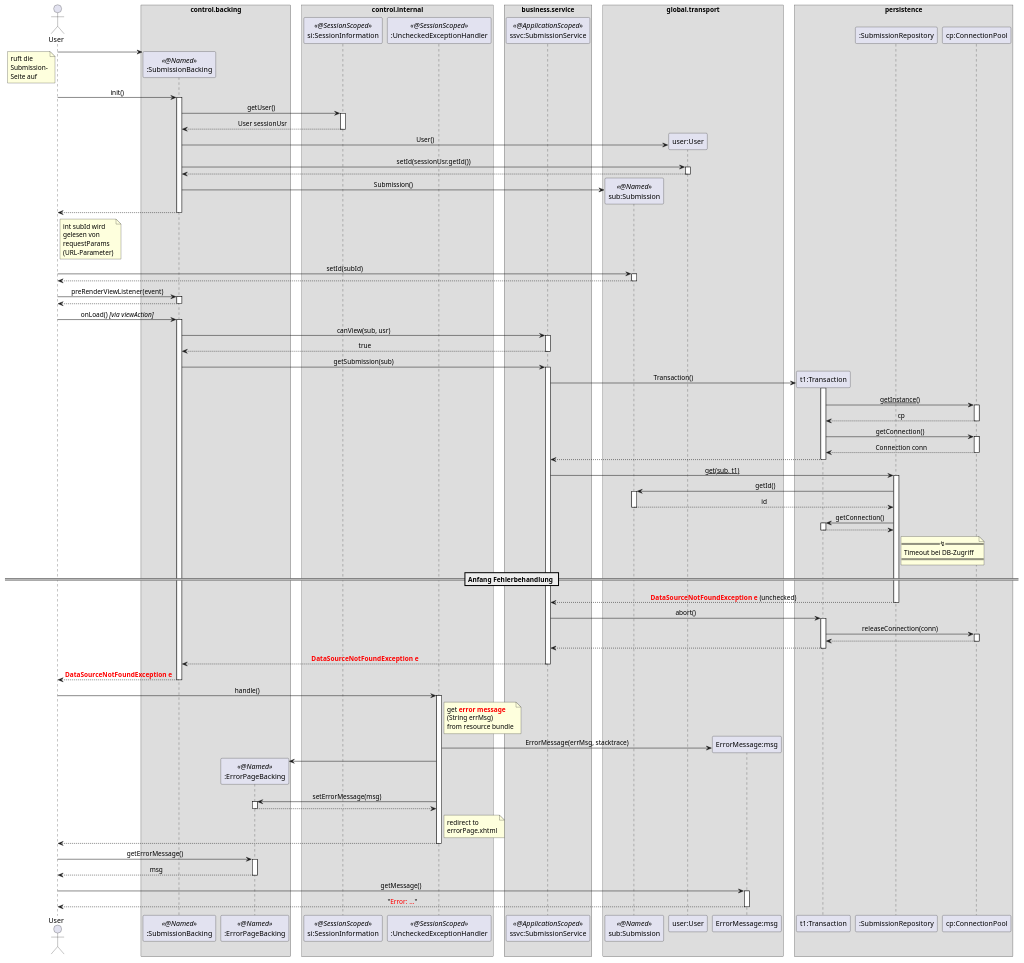
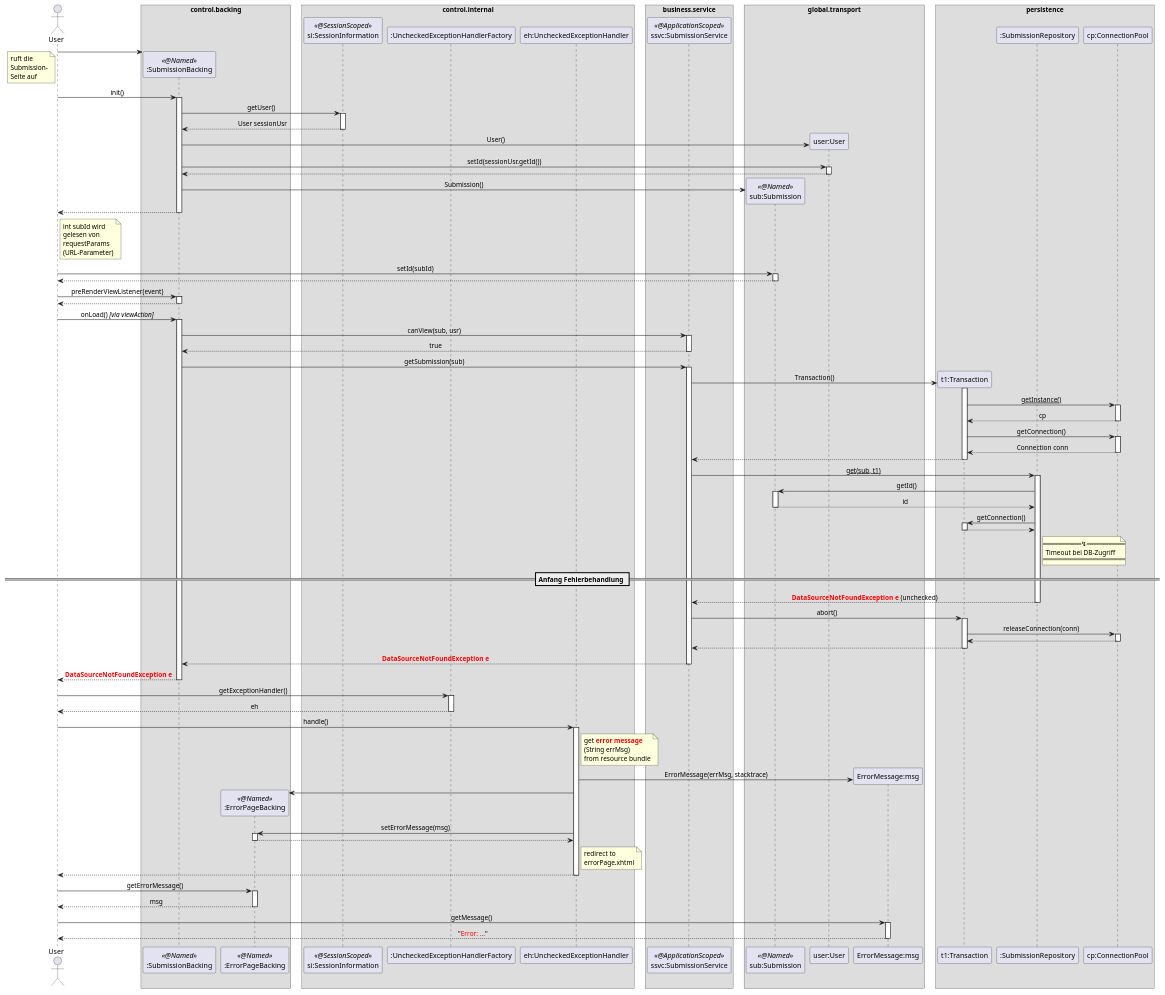
Before and after one commit to guersterst/LasEs: the diagram in docs/Feinspezi/puml/upload_revision_failure.puml, drawn with PlantUML.

Commit message:
add exception handler factory (again . . .)

```diff
--- a/docs/Feinspezi/puml/upload_revision_failure.puml
+++ b/docs/Feinspezi/puml/upload_revision_failure.puml
@@ -1,140 +1,144 @@
 @startuml
 'https://plantuml.com/sequence-diagram
 
 '!theme aws-orange
 skinparam sequenceMessageAlign center
 skinparam BoxPadding 10
 'skinparam LifelineStrategy nosolid
 'autonumber
 'autoactivate on
 'hide footbox
 
 actor User as user
 
 box "control.backing"
     participant ":SubmissionBacking" as sb << @Named >>
     participant ":ErrorPageBacking" as epb << @Named >>
 end box
 'box "???"
 '    participant ":ResourceBundle" as rscBundle
 'end box
 box "control.internal"
     participant "si:SessionInformation" as si << @SessionScoped >>
-    participant ":UncheckedExceptionHandler" as eh << @SessionScoped >>
+    participant ":UncheckedExceptionHandlerFactory" as ehf
+    participant "eh:UncheckedExceptionHandler" as eh
 end box
 box "control.validation"
 end box
 box "business.service"
     participant "ssvc:SubmissionService" as ssvc << @ApplicationScoped >>
 end box
 box "global.transport"
     participant "sub:Submission" as sub << @Named >>
     participant "user:User" as usr
     participant "ErrorMessage:msg" as msg
 end box
 box persistence
     participant "t1:Transaction" as t1
     participant ":SubmissionRepository" as sr
     participant "cp:ConnectionPool" as cp
 end box
 
 create sb
 user -> sb
 note left
     ruft die
     Submission-
     Seite auf
 end note
 user -> sb : init()
 activate sb
     sb -> si ++ : getUser()
     return User sessionUsr
     sb -> usr ** : User()
     sb -> usr ++ : setId(sessionUsr.getId())
     return
     sb -> sub ** : Submission()
 return
 
 note right of user
     int subId wird
     gelesen von
     requestParams
     (URL-Parameter)
 end note
 user -> sub ++ : setId(subId)
 return
 
 user -> sb ++ : preRenderViewListener(event)
 return
 
 user -> sb ++ : onLoad() //[via viewAction]//
     sb -> ssvc ++ : canView(sub, usr)
     return true
 
     sb -> ssvc : getSubmission(sub)
     activate ssvc
         ssvc -> t1 ** : Transaction()
         activate t1
             t1 -> cp : __getInstance()__
             activate cp
             return cp
             t1 -> cp : getConnection()
             activate cp
             return Connection conn
         return
         ssvc -> sr : __get(sub, t1)__
         activate sr
             sr -> sub : getId()
             activate sub
             return id
             sr -> t1 ++ : getConnection()
             return
         note right of sr
         == ↯ ==
         Timeout bei DB-Zugriff
         ====
         end note
 
 == Anfang Fehlerbehandlung ==
         return <font color=red><b>DataSourceNotFoundException e</b></font> (unchecked)
 
         ssvc -> t1 ++ : abort()
             t1 -> cp ++ : releaseConnection(conn)
             return
         return
 
     return <font color=red><b>DataSourceNotFoundException e
 return <font color=red><b>DataSourceNotFoundException e
 
+user -> ehf ++ : getExceptionHandler()
+return eh
+
 user -> eh ++ : handle()
     note right of eh
     get <font color=red><b>error</b></font> <font color=red><b>message</b></font>
     (String errMsg)
     from resource bundle
     end note
 
     eh -> msg ** : ErrorMessage(errMsg, stacktrace)
 
     eh -> epb **
     eh -> epb ++ : setErrorMessage(msg)
     return
 
     note right of eh
     redirect to
     errorPage.xhtml
     end note
 
 return
 
 user -> epb ++ : getErrorMessage()
 return msg
 user -> msg ++ : getMessage()
 return "<font color=red>Error: ...</font>"
 
 'note left
 'Die Ablehnung war
 'nicht erfolgreich
 'end note
 
 
 @enduml
```
